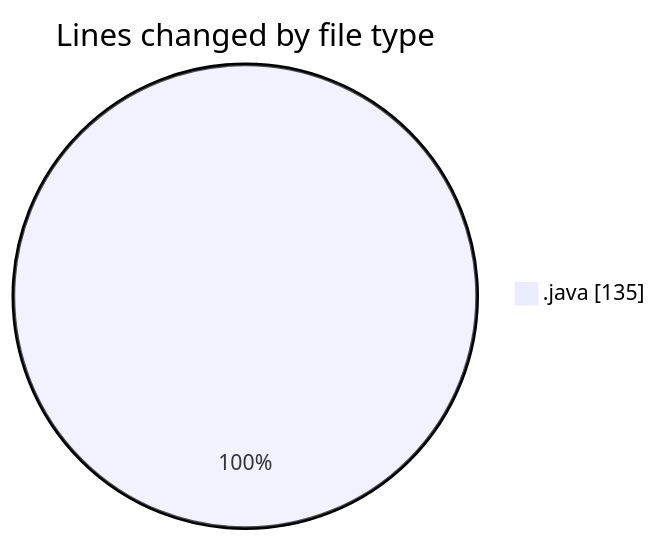
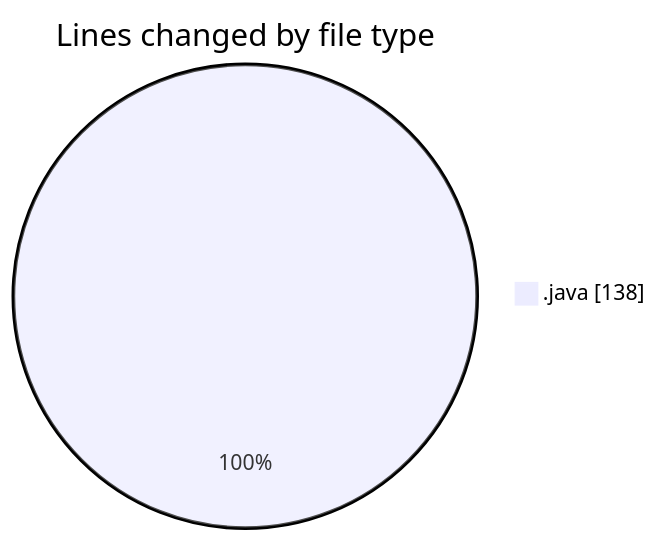
One commit to ricardozamudiocil/code-tracking changed the first of 2 diagrams in 2026-03-01/cilwebcustomercomunication/README.md. Above: the diagram before and after it, drawn with Mermaid. The commit also changed other lines of this file and 1 other file, not shown here.

````diff
--- a/2026-03-01/cilwebcustomercomunication/README.md
+++ b/2026-03-01/cilwebcustomercomunication/README.md
@@ -20,5 +20,5 @@
 ```mermaid
 pie showData
 title Lines changed by file type
-".java" : 135
+".java" : 138
 ```
````
